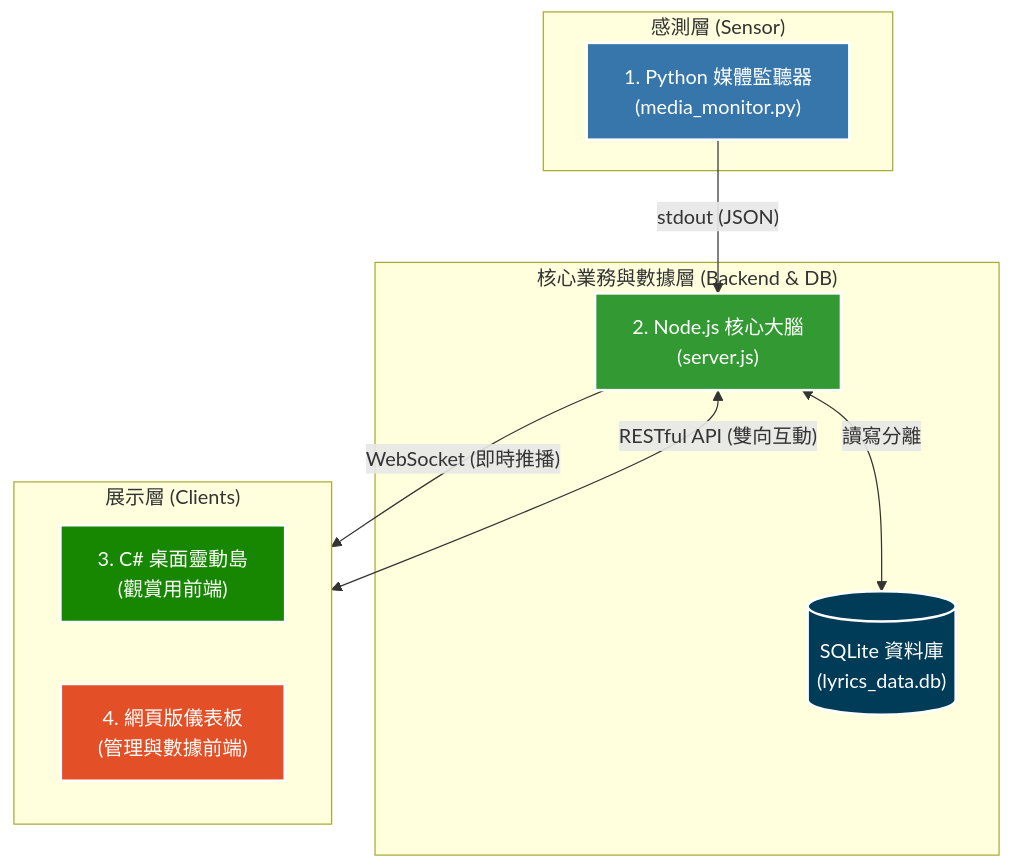
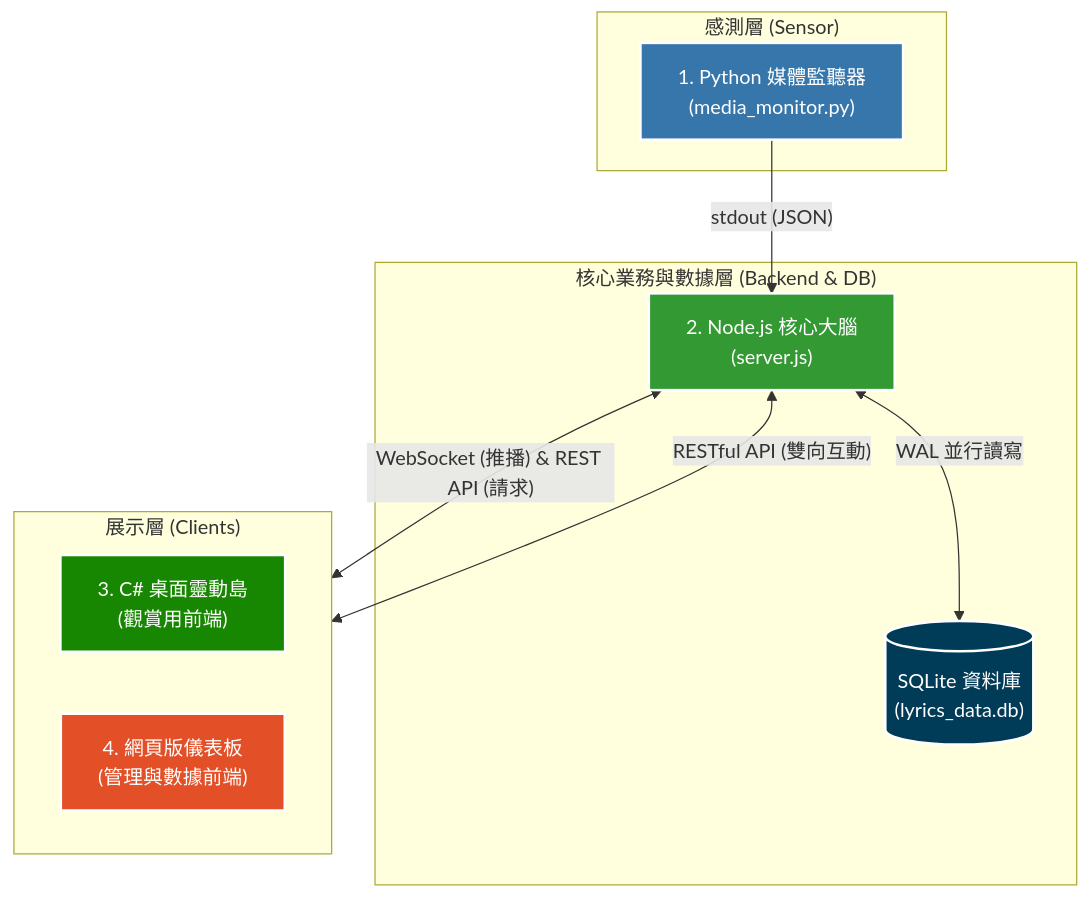
One commit to bensionfang/Kanaric changed the first of 5 diagrams in README.md. Above: the diagram before and after it, drawn with Mermaid. The commit also changed other lines of this file, not shown here.

Commit message:
docs: 修正架構圖與流程圖的不精確描述

````diff
--- a/README.md
+++ b/README.md
@@ -25,28 +25,28 @@
 ```mermaid
 flowchart TD
     classDef python fill:#3776ab,stroke:#fff,stroke-width:2px,color:#fff
     classDef node fill:#339933,stroke:#fff,stroke-width:2px,color:#fff
     classDef csharp fill:#178600,stroke:#fff,stroke-width:2px,color:#fff
     classDef web fill:#e34f26,stroke:#fff,stroke-width:2px,color:#fff
     classDef db fill:#003b57,stroke:#fff,stroke-width:2px,color:#fff
 
     subgraph "感測層 (Sensor)"
         PY["1. Python 媒體監聽器<br>(media_monitor.py)"]:::python
     end
 
     subgraph "核心業務與數據層 (Backend & DB)"
         NODE["2. Node.js 核心大腦<br>(server.js)"]:::node
         SQL[("SQLite 資料庫<br>(lyrics_data.db)")]:::db
-        NODE <-->|"讀寫分離"| SQL
+        NODE <-->|"WAL 並行讀寫"| SQL
     end
 
     subgraph "展示層 (Clients)"
         direction LR
         CS["3. C# 桌面靈動島<br>(觀賞用前端)"]:::csharp
         WEB["4. 網頁版儀表板<br>(管理與數據前端)"]:::web
     end
 
     PY -- "stdout (JSON)" --> NODE
-    NODE -- "WebSocket (即時推播)" --> CS
+    NODE <-->|"WebSocket (推播) & REST API (請求)"| CS
     NODE <-->|"RESTful API (雙向互動)"| WEB
 ```
````
